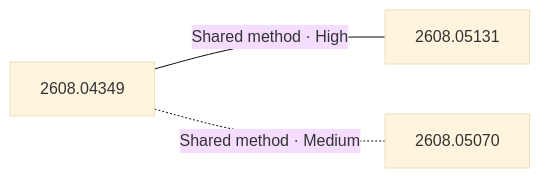
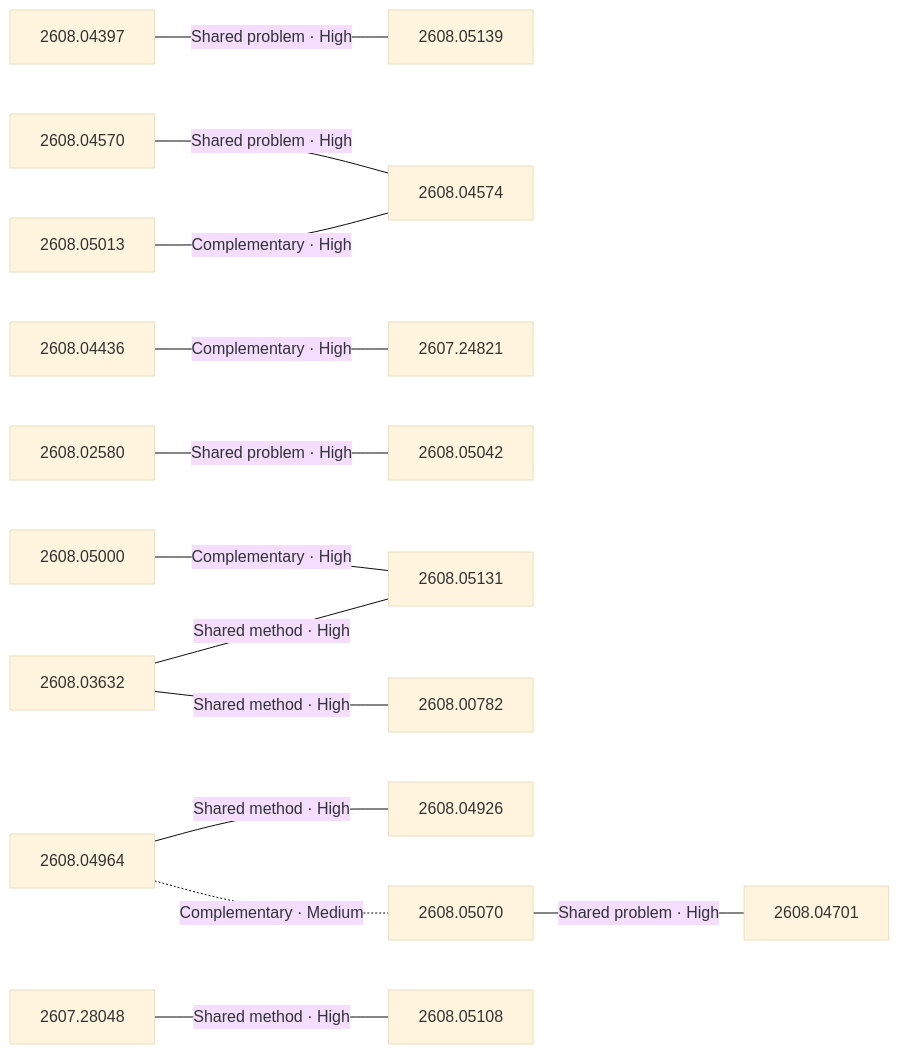
One commit to vollero/hf-daily-paper-summaries changed the diagram in summaries/2026/08/2026-08-06/relationships.md. Above: the diagram before and after it, drawn with Mermaid (base theme). The commit also changed other lines of this file and 19 other files, not shown here.

Commit message:
Publish summary, analyses, and graph 2026-08-06

````diff
--- a/summaries/2026/08/2026-08-06/relationships.md
+++ b/summaries/2026/08/2026-08-06/relationships.md
@@ -26,10 +26,36 @@
 ```mermaid
 flowchart LR
   accTitle: Same-day paper relationships
   accDescr: Editorial hypotheses connecting papers from this daily collection.
-  c1["2608.04349"]
-  c2["2608.05070"]
-  c3["2608.05131"]
-  c1 ---|"Shared method · High"| c3
-  c1 -.-|"Shared method · Medium"| c2
+  c1["2608.04436"]
+  c2["2608.04570"]
+  c3["2608.05000"]
+  c4["2608.05013"]
+  c5["2608.03632"]
+  c6["2608.04397"]
+  c7["2608.05139"]
+  c8["2608.02580"]
+  c9["2608.04574"]
+  c10["2607.24821"]
+  c11["2608.04964"]
+  c12["2608.05070"]
+  c14["2608.05042"]
+  c15["2608.04701"]
+  c17["2608.05131"]
+  c19["2607.28048"]
+  c20["2608.00782"]
+  c21["2608.05108"]
+  c22["2608.04926"]
+  c5 ---|"Shared method · High"| c17
+  c5 ---|"Shared method · High"| c20
+  c3 ---|"Complementary · High"| c17
+  c2 ---|"Shared problem · High"| c9
+  c4 ---|"Complementary · High"| c9
+  c19 ---|"Shared method · High"| c21
+  c6 ---|"Shared problem · High"| c7
+  c8 ---|"Shared problem · High"| c14
+  c11 ---|"Shared method · High"| c22
+  c12 ---|"Shared problem · High"| c15
+  c11 -.-|"Complementary · Medium"| c12
+  c1 ---|"Complementary · High"| c10
 ```
````
